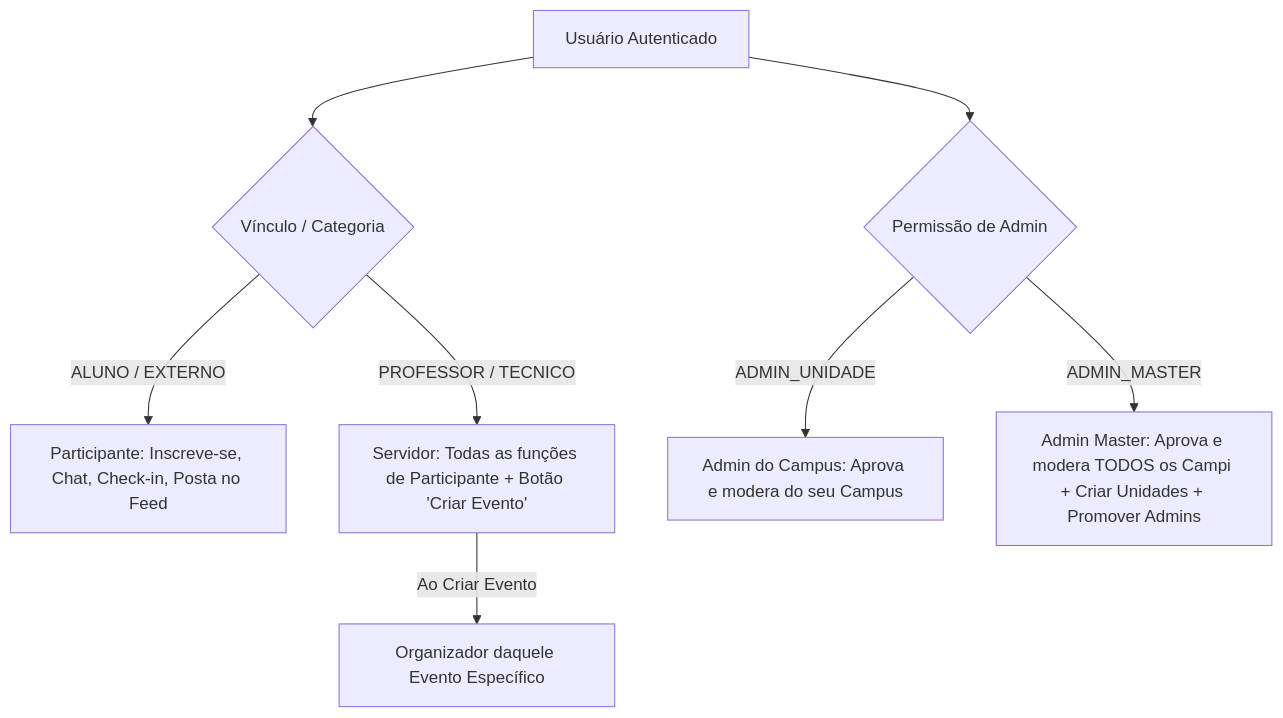
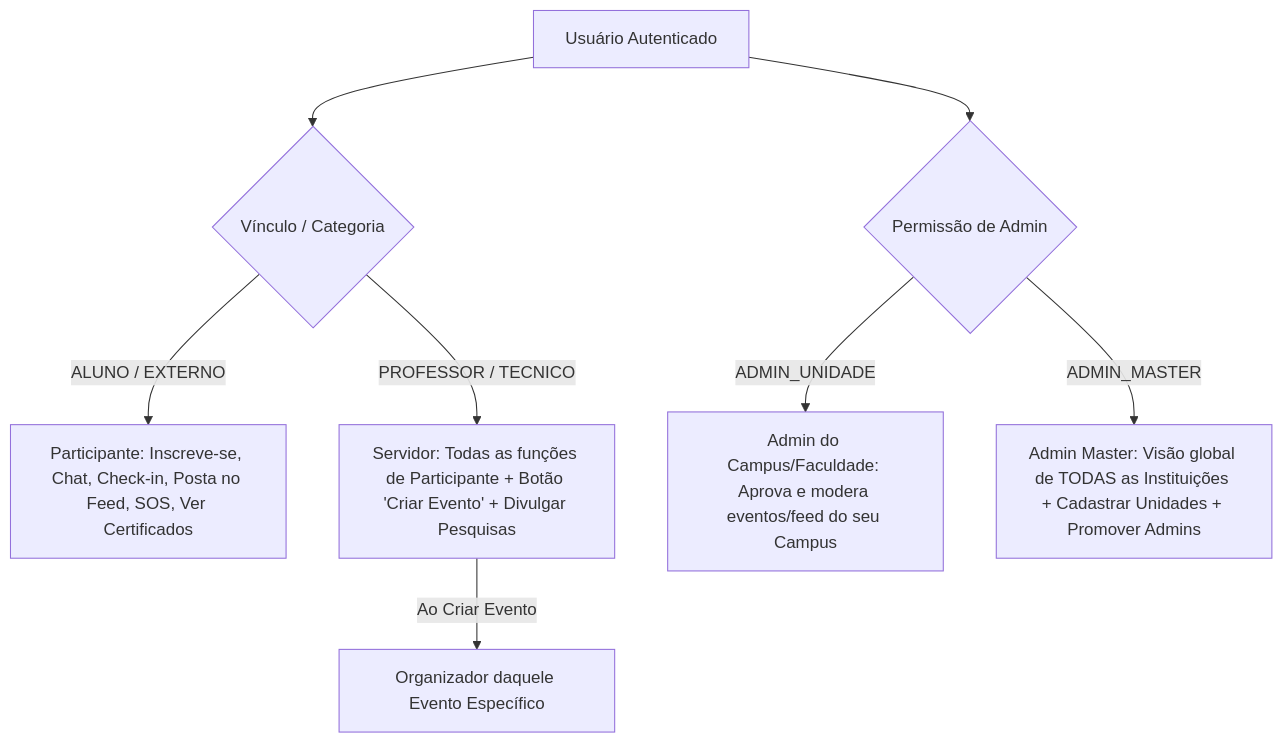
One commit to fabedimilson/eventos changed the diagram in GEMINI.md. Above: the diagram before and after it, drawn with Mermaid. The commit also changed other lines of this file and 28 other files, not shown here.

````diff
--- a/GEMINI.md
+++ b/GEMINI.md
@@ -27,11 +48,11 @@
 ```mermaid
 graph TD
     User[Usuário Autenticado] --> Category{Vínculo / Categoria}
-    Category -->|ALUNO / EXTERNO| Participant[Participante: Inscreve-se, Chat, Check-in, Posta no Feed]
-    Category -->|PROFESSOR / TECNICO| Servidor[Servidor: Todas as funções de Participante + Botão 'Criar Evento']
+    Category -->|ALUNO / EXTERNO| Participant[Participante: Inscreve-se, Chat, Check-in, Posta no Feed, SOS, Ver Certificados]
+    Category -->|PROFESSOR / TECNICO| Servidor[Servidor: Todas as funções de Participante + Botão 'Criar Evento' + Divulgar Pesquisas]
     Servidor -->|Ao Criar Evento| EventOrg[Organizador daquele Evento Específico]
 
     User --> AdminRole{Permissão de Admin}
-    AdminRole -->|ADMIN_UNIDADE| CampusAdmin[Admin do Campus: Aprova e modera do seu Campus]
-    AdminRole -->|ADMIN_MASTER| MasterAdmin[Admin Master: Aprova e modera TODOS os Campi + Criar Unidades + Promover Admins]
+    AdminRole -->|ADMIN_UNIDADE| CampusAdmin[Admin do Campus/Faculdade: Aprova e modera eventos/feed do seu Campus]
+    AdminRole -->|ADMIN_MASTER| MasterAdmin[Admin Master: Visão global de TODAS as Instituições + Cadastrar Unidades + Promover Admins]
 ```
````
